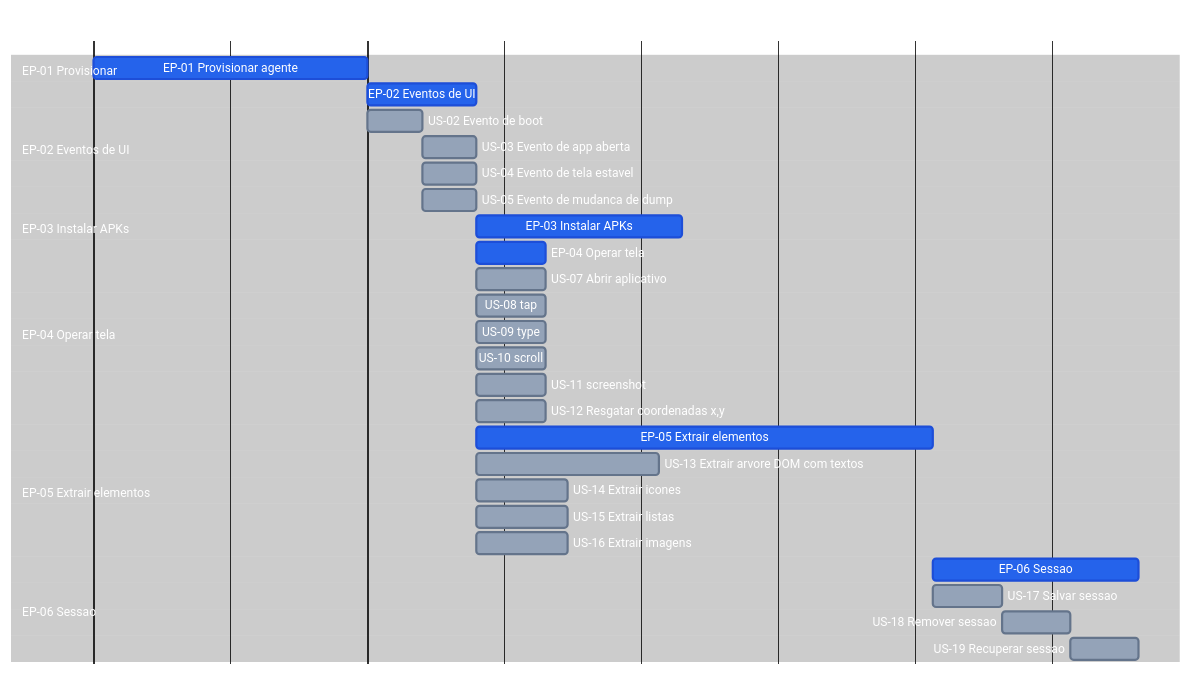
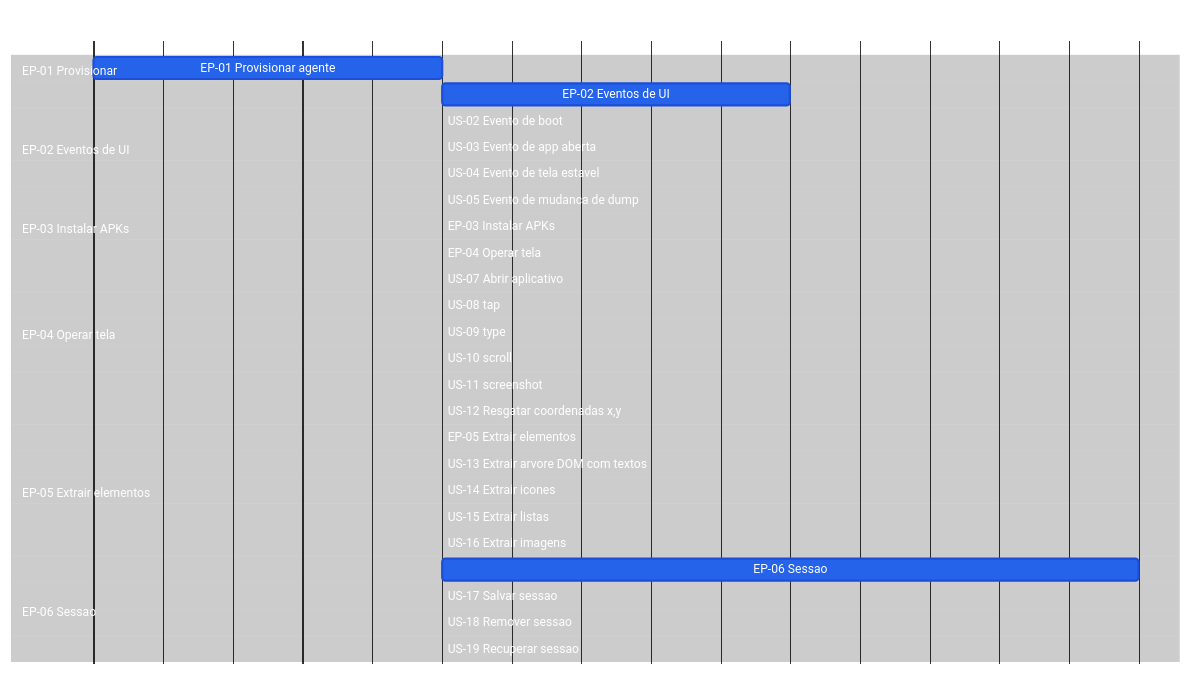
Before and after one commit to laerciogermano/workstation: the diagram in connectmax/screen-robot/6.roadmap.md, drawn with Mermaid. The commit also changed other lines of this file, not shown here.

Commit message:
Iguala o tamanho visual das folhas (EP/US) no Gantt do roadmap.

````diff
--- a/connectmax/screen-robot/6.roadmap.md
+++ b/connectmax/screen-robot/6.roadmap.md
@@ -9,74 +9,74 @@
 ```mermaid
 ---
 config:
   theme: base
   themeVariables:
     darkMode: true
     background: '#000000'
     primaryTextColor: '#ffffff'
     secondaryTextColor: '#ffffff'
     tertiaryTextColor: '#ffffff'
     textColor: '#ffffff'
     lineColor: '#333333'
     mainBkg: '#000000'
     secondaryColor: '#000000'
     tertiaryColor: '#000000'
     sectionBkgColor: '#000000'
     sectionBkgColor2: '#000000'
     altSectionBkgColor: '#000000'
     gridColor: '#222222'
     excludeBkgColor: '#000000'
     todayLineColor: '#444444'
     doneTaskBkgColor: '#2563eb'
     doneTaskBorderColor: '#1d4ed8'
     taskBkgColor: '#94a3b8'
     taskBorderColor: '#64748b'
     taskTextColor: '#ffffff'
     taskTextDarkColor: '#ffffff'
     taskTextLightColor: '#ffffff'
     taskTextOutsideColor: '#ffffff'
     critBkgColor: '#2563eb'
     critBorderColor: '#1d4ed8'
     activeTaskBkgColor: '#94a3b8'
     activeTaskBorderColor: '#64748b'
 ---
 gantt
   title screen-robot EP / US
   dateFormat X
   axisFormat %s
 
   section EP-01 Provisionar
-  EP-01 Provisionar agente              :done, ep01, 0, 60m
+  EP-01 Provisionar agente              :done, ep01, 0, 1
 
   section EP-02 Eventos de UI
-  EP-02 Eventos de UI                   :done, ep02, after ep01, 24m
-  US-02 Evento de boot                  :us02, after ep01, 12m
-  US-03 Evento de app aberta            :us03, after us02, 12m
-  US-04 Evento de tela estavel          :us04, after us02, 12m
-  US-05 Evento de mudanca de dump       :us05, after us02, 12m
+  EP-02 Eventos de UI                   :done, ep02, after ep01, 2
+  US-02 Evento de boot                  :us02, after ep01, 1
+  US-03 Evento de app aberta            :us03, after us02, 1
+  US-04 Evento de tela estavel          :us04, after us02, 1
+  US-05 Evento de mudanca de dump       :us05, after us02, 1
 
   section EP-03 Instalar APKs
-  EP-03 Instalar APKs                   :done, ep03, after us05, 45m
+  EP-03 Instalar APKs                   :done, ep03, after us05, 1
 
   section EP-04 Operar tela
-  EP-04 Operar tela                     :done, ep04, after us05, 15m
-  US-07 Abrir aplicativo                :us07, after us05, 15m
-  US-08 tap                             :us08, after us05, 15m
-  US-09 type                            :us09, after us05, 15m
-  US-10 scroll                          :us10, after us05, 15m
-  US-11 screenshot                      :us11, after us05, 15m
-  US-12 Resgatar coordenadas x,y        :us12, after us05, 15m
+  EP-04 Operar tela                     :done, ep04, after us05, 1
+  US-07 Abrir aplicativo                :us07, after us05, 1
+  US-08 tap                             :us08, after us05, 1
+  US-09 type                            :us09, after us05, 1
+  US-10 scroll                          :us10, after us05, 1
+  US-11 screenshot                      :us11, after us05, 1
+  US-12 Resgatar coordenadas x,y        :us12, after us05, 1
 
   section EP-05 Extrair elementos
-  EP-05 Extrair elementos               :done, ep05, after us05, 100m
-  US-13 Extrair arvore DOM com textos   :us13, after us05, 40m
-  US-14 Extrair icones                  :us14, after us05, 20m
-  US-15 Extrair listas                  :us15, after us05, 20m
-  US-16 Extrair imagens                 :us16, after us05, 20m
+  EP-05 Extrair elementos               :done, ep05, after us05, 1
+  US-13 Extrair arvore DOM com textos   :us13, after us05, 1
+  US-14 Extrair icones                  :us14, after us05, 1
+  US-15 Extrair listas                  :us15, after us05, 1
+  US-16 Extrair imagens                 :us16, after us05, 1
 
   section EP-06 Sessao
-  EP-06 Sessao                          :done, ep06, after ep05, 45m
-  US-17 Salvar sessao                   :us17, after ep05, 15m
-  US-18 Remover sessao                  :us18, after us17, 15m
-  US-19 Recuperar sessao                :us19, after us18, 15m
+  EP-06 Sessao                          :done, ep06, after ep05, 3
+  US-17 Salvar sessao                   :us17, after ep05, 1
+  US-18 Remover sessao                  :us18, after us17, 1
+  US-19 Recuperar sessao                :us19, after us18, 1
 ```
````
